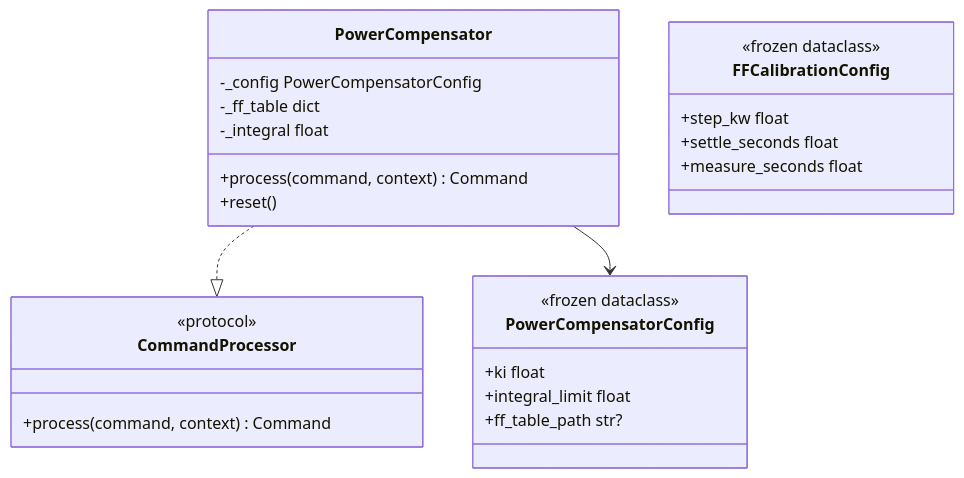
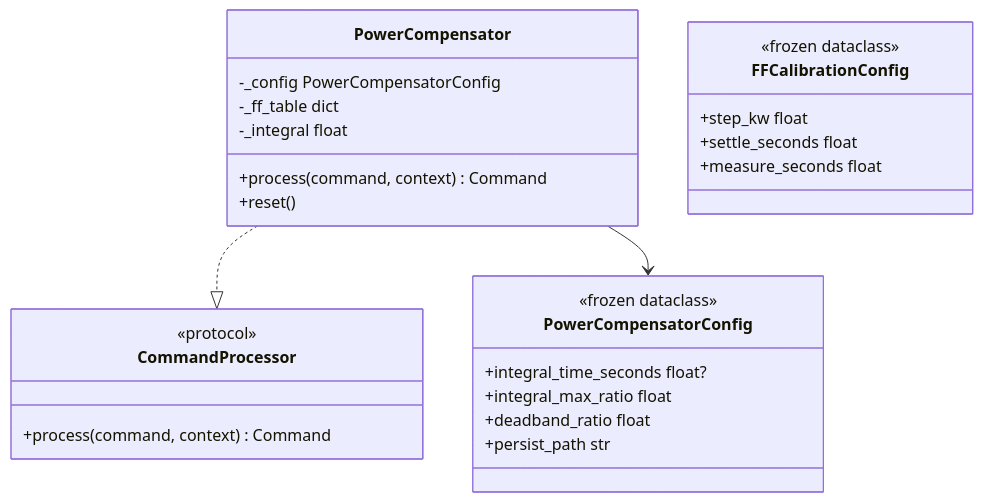
Before and after one commit to csp0924/csplib: diagram 12 of 19 in docs/14-Reference/UML Diagrams.md, drawn with Mermaid. The commit also changed 4 other files, not shown here.

````diff
--- a/docs/14-Reference/UML Diagrams.md
+++ b/docs/14-Reference/UML Diagrams.md
@@ -1408,34 +1408,35 @@
 ```mermaid
 classDiagram
     direction TB
 
     class CommandProcessor {
         <<protocol>>
         +process(command, context) Command
     }
 
     class PowerCompensator {
         -_config PowerCompensatorConfig
         -_ff_table dict
         -_integral float
         +process(command, context) Command
         +reset()
     }
 
     class PowerCompensatorConfig {
         <<frozen dataclass>>
-        +ki float
-        +integral_limit float
-        +ff_table_path str?
+        +integral_time_seconds float?
+        +integral_max_ratio float
+        +deadband_ratio float
+        +persist_path str
     }
 
     class FFCalibrationConfig {
         <<frozen dataclass>>
         +step_kw float
         +settle_seconds float
         +measure_seconds float
     }
 
     PowerCompensator ..|> CommandProcessor
     PowerCompensator --> PowerCompensatorConfig
 ```
````
